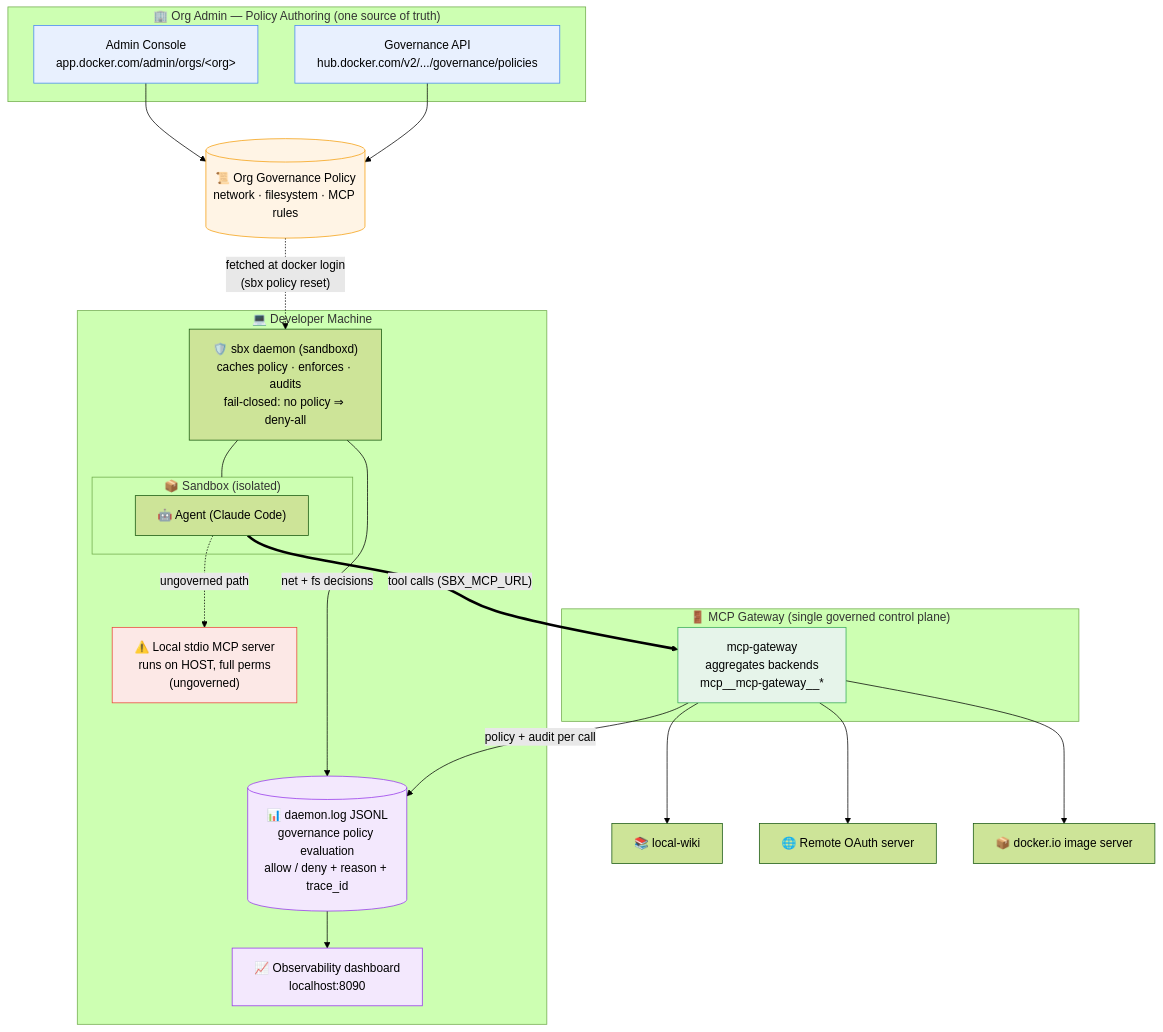
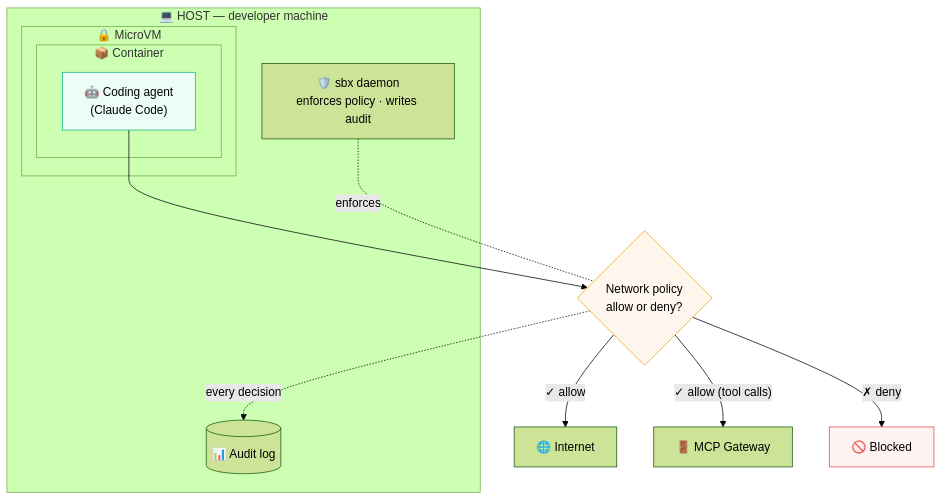
The diagram in labspace/06-mcp-hands-on.md (ajeetraina/labspace-ai-governance), drawn with Mermaid (forest theme) before and after one commit. The commit also changed other lines of this file and 1 other file, not shown here.

Commit message:
Simplify architecture diagram: host / MicroVM / container / agent
Lead with a minimal diagram that makes the runtime boundaries explicit —
coding agent in a container inside a MicroVM on the host — and shows the
network policy as a simple allow/deny gate feeding the audit log. Less text,
clearer structure. Keeps the detailed policy-authoring + MCP-gateway diagram
as "the full picture" in the standalone architecture doc.

````diff
--- a/labspace/06-mcp-hands-on.md
+++ b/labspace/06-mcp-hands-on.md
@@ -20,48 +20,26 @@
 ```mermaid
 flowchart TB
-    subgraph ADMIN["🏢 Org Admin — Policy Authoring (one source of truth)"]
-        UI["Admin Console<br/>app.docker.com/admin/orgs/&lt;org&gt;"]
-        API["Governance API<br/>hub.docker.com/v2/.../governance/policies"]
+    subgraph HOST["💻 HOST — developer machine"]
+        DAEMON["🛡️ sbx daemon<br/>enforces policy · writes audit"]
+        subgraph VM["🔒 MicroVM"]
+            subgraph CON["📦 Container"]
+                AGENT["🤖 Coding agent<br/>(Claude Code)"]
+            end
+        end
+        AUDIT[("📊 Audit log")]
     end
 
-    POLICY[("📜 Org Governance Policy<br/>network · filesystem · MCP rules")]
-    UI --> POLICY
-    API --> POLICY
-    POLICY -. "fetched at docker login<br/>(sbx policy reset)" .-> DAEMON
+    AGENT --> GATE{"Network policy<br/>allow or deny?"}
+    DAEMON -. enforces .- GATE
+    GATE -- "✓ allow" --> NET["🌐 Internet"]
+    GATE -- "✓ allow (tool calls)" --> GW["🚪 MCP Gateway"]
+    GATE -- "✗ deny" --> BLOCK["🚫 Blocked"]
+    GATE -. every decision .-> AUDIT
 
-    subgraph HOST["💻 Developer Machine"]
-        DAEMON["🛡️ sbx daemon (sandboxd)<br/>caches policy · enforces · audits<br/>fail-closed: no policy ⇒ deny-all"]
-        subgraph SBOX["📦 Sandbox (isolated)"]
-            AGENT["🤖 Agent (Claude Code)"]
-        end
-        STDIO["⚠️ Local stdio MCP server<br/>runs on HOST, full perms<br/>(ungoverned)"]
-        AUDITLOG[("📊 daemon.log JSONL<br/>governance policy evaluation<br/>allow / deny + reason + trace_id")]
-        DASH["📈 Observability dashboard<br/>localhost:8090"]
-    end
-
-    DAEMON --- SBOX
-    DAEMON -- "net + fs decisions" --> AUDITLOG
-    AUDITLOG --> DASH
-    AGENT == "tool calls (SBX_MCP_URL)" ==> GW
-    AGENT -. "ungoverned path" .-> STDIO
-
-    subgraph GWZONE["🚪 MCP Gateway (single governed control plane)"]
-        GW["mcp-gateway<br/>aggregates backends<br/>mcp__mcp-gateway__*"]
-    end
-
-    GW -- "policy + audit per call" --> AUDITLOG
-    GW --> WIKI["📚 local-wiki"]
-    GW --> REMOTE["🌐 Remote OAuth server"]
-    GW --> IMG["📦 docker.io image server"]
-
-    classDef admin fill:#e8f0fe,stroke:#4285f4,color:#000
-    classDef policy fill:#fff4e5,stroke:#f59e0b,color:#000
-    classDef gw fill:#e6f4ea,stroke:#34a853,color:#000
-    classDef warn fill:#fce8e6,stroke:#ea4335,color:#000
-    classDef audit fill:#f3e8fd,stroke:#9333ea,color:#000
-    class UI,API admin
-    class POLICY policy
-    class GW gw
-    class STDIO warn
-    class AUDITLOG,DASH audit
+    classDef vm fill:#ecfdf5,stroke:#10b981,color:#000
+    classDef gate fill:#fff7ed,stroke:#f59e0b,color:#000
+    classDef deny fill:#fef2f2,stroke:#ef4444,color:#000
+    class AGENT vm
+    class GATE gate
+    class BLOCK deny
 ```
````
